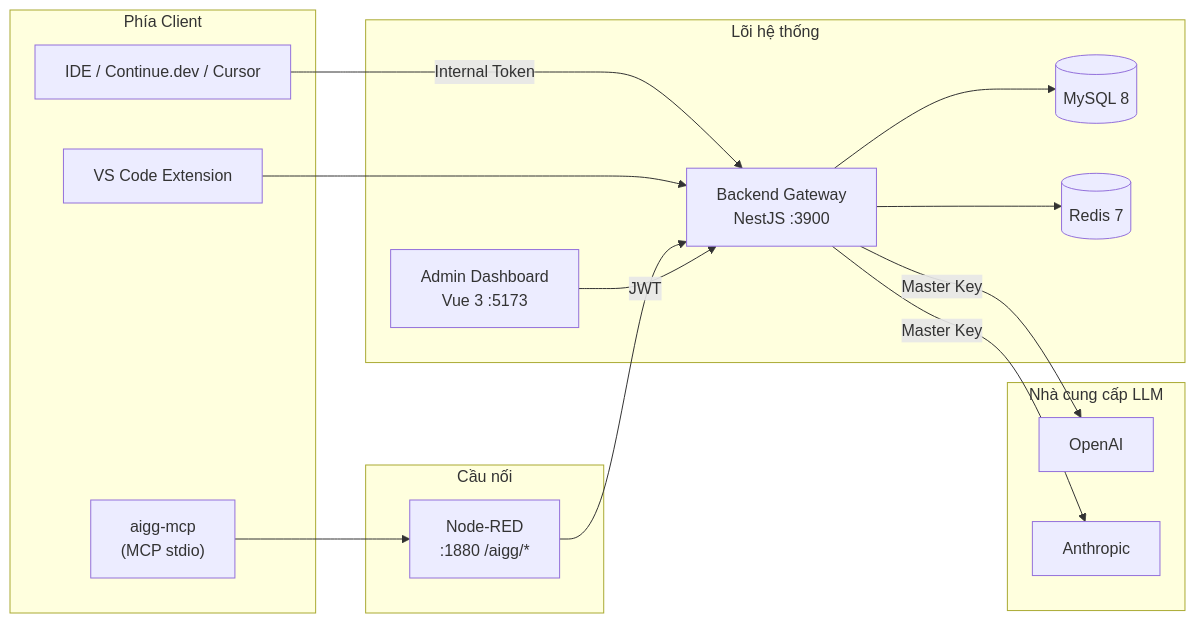
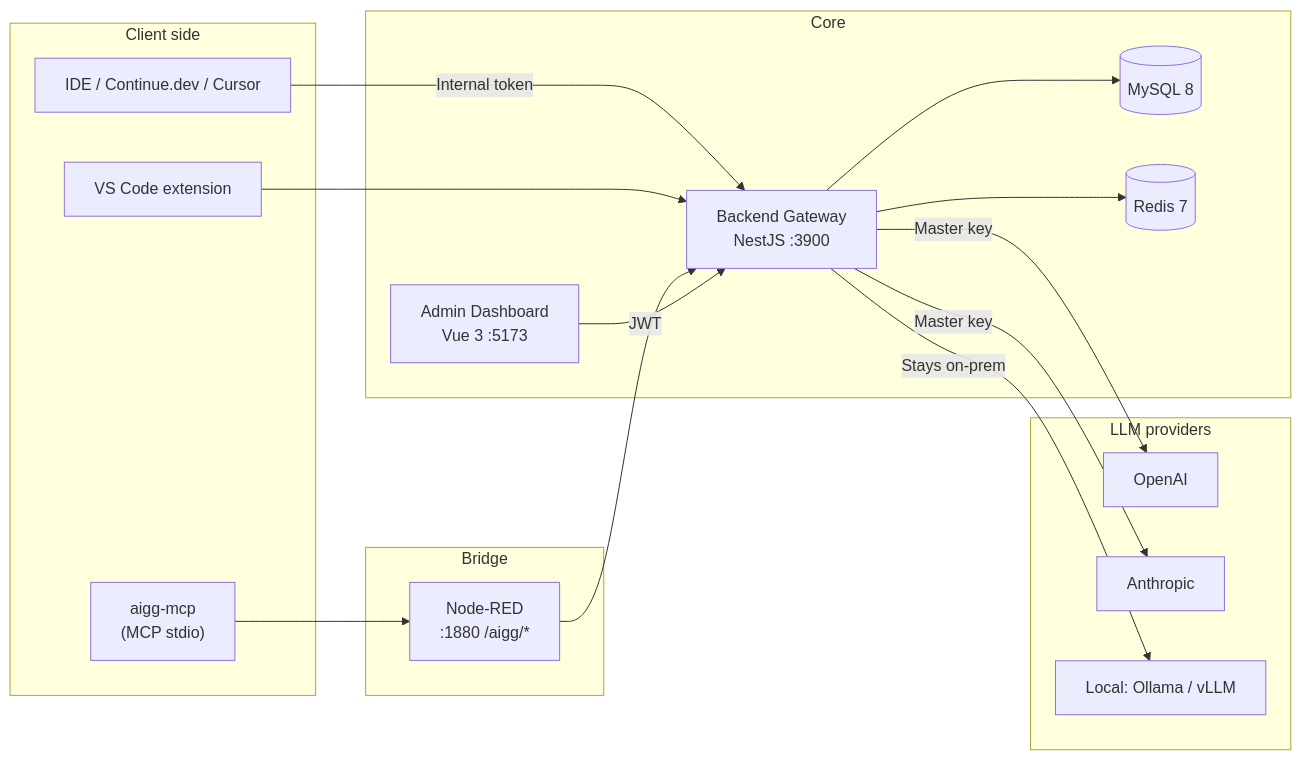
One commit to dunghoangtien0504/bepcoha-platform changed the diagram in README.md. Above: the diagram before and after it, drawn with Mermaid. The commit also changed other lines of this file and 10 other files, not shown here.

First line of the commit message:
feat: local LLM support, turnkey git hook, bilingual README + landing page

````diff
--- a/README.md
+++ b/README.md
@@ -67,33 +75,35 @@
 ```mermaid
 flowchart LR
-    subgraph Client["Phía Client"]
+    subgraph Client["Client side"]
         IDE["IDE / Continue.dev / Cursor"]
         MCP["aigg-mcp<br/>(MCP stdio)"]
-        EXT["VS Code Extension"]
+        EXT["VS Code extension"]
     end
 
-    subgraph Bridge["Cầu nối"]
+    subgraph Bridge["Bridge"]
         NR["Node-RED<br/>:1880 /aigg/*"]
     end
 
-    subgraph Core["Lõi hệ thống"]
+    subgraph Core["Core"]
         GW["Backend Gateway<br/>NestJS :3900"]
         DASH["Admin Dashboard<br/>Vue 3 :5173"]
         DB[("MySQL 8")]
         REDIS[("Redis 7")]
     end
 
-    subgraph LLM["Nhà cung cấp LLM"]
+    subgraph LLM["LLM providers"]
         OAI["OpenAI"]
         ANT["Anthropic"]
+        LOCAL["Local: Ollama / vLLM"]
     end
 
-    IDE -->|Internal Token| GW
+    IDE -->|Internal token| GW
     EXT --> GW
     MCP --> NR --> GW
     DASH -->|JWT| GW
     GW --> DB
     GW --> REDIS
-    GW -->|Master Key| OAI
-    GW -->|Master Key| ANT
+    GW -->|Master key| OAI
+    GW -->|Master key| ANT
+    GW -->|Stays on-prem| LOCAL
 ```
````
